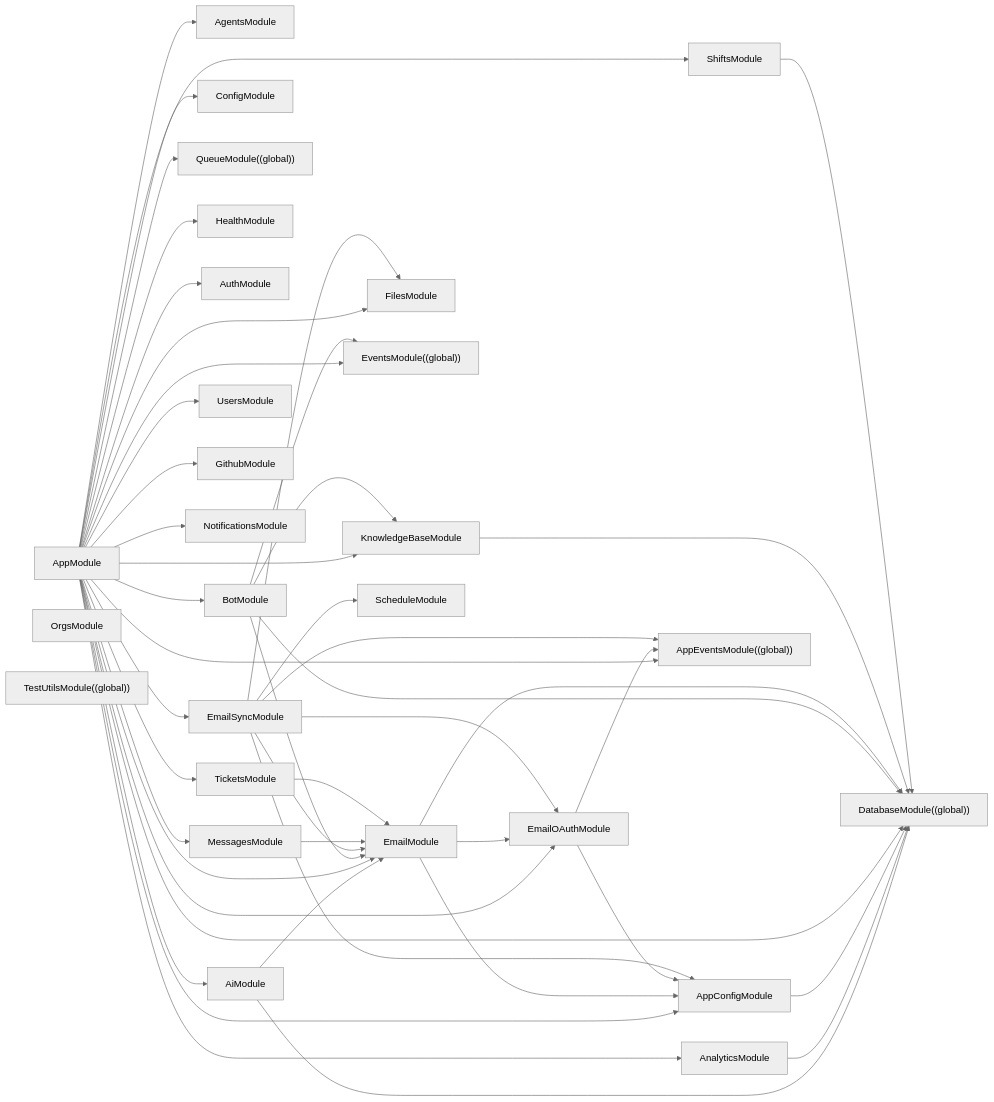
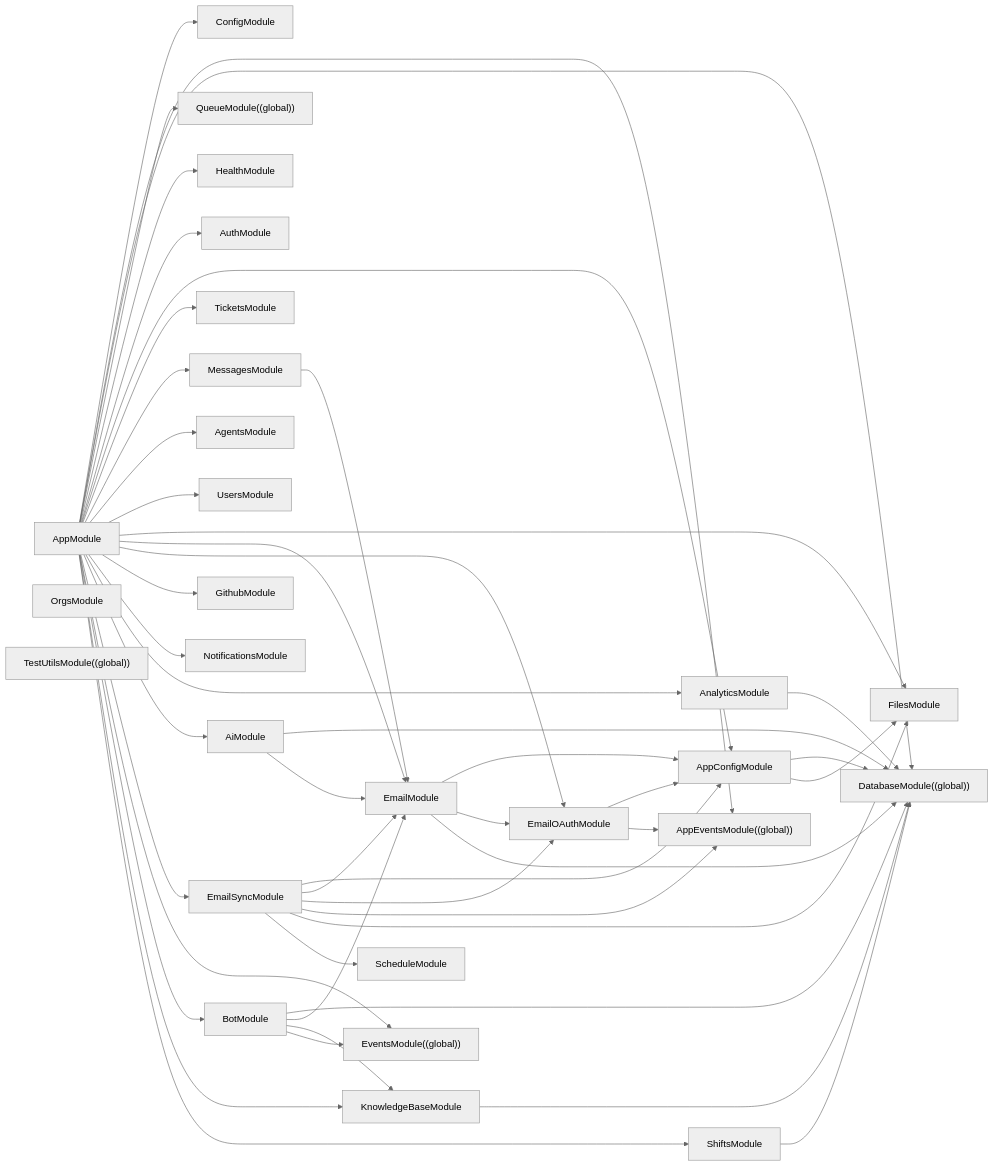
Before and after one commit to Vignesh-Siva96/tmr_athena: the diagram in docs/atlas/_generated/module-graph.md, drawn with Mermaid (neutral theme). The commit also changed other lines of this file and 210 other files, not shown here.

````diff
--- a/docs/atlas/_generated/module-graph.md
+++ b/docs/atlas/_generated/module-graph.md
@@ -9,62 +9,63 @@
 ```mermaid
 flowchart LR
   AgentsModule["AgentsModule"]
   AiModule --> DatabaseModule
   AiModule --> EmailModule
   AnalyticsModule --> DatabaseModule
   AppConfigModule --> DatabaseModule
+  AppConfigModule --> FilesModule
   AppEventsModule["AppEventsModule((global))"]
   AppModule --> ConfigModule
   AppModule --> AppEventsModule
   AppModule --> DatabaseModule
   AppModule --> QueueModule
   AppModule --> HealthModule
   AppModule --> AuthModule
   AppModule --> AppConfigModule
   AppModule --> TicketsModule
   AppModule --> MessagesModule
   AppModule --> AgentsModule
   AppModule --> UsersModule
   AppModule --> FilesModule
   AppModule --> EmailModule
   AppModule --> EmailOAuthModule
   AppModule --> GithubModule
   AppModule --> NotificationsModule
   AppModule --> AnalyticsModule
   AppModule --> AiModule
   AppModule --> EmailSyncModule
   AppModule --> EventsModule
   AppModule --> BotModule
   AppModule --> KnowledgeBaseModule
   AppModule --> ShiftsModule
   AuthModule["AuthModule"]
   BotModule --> DatabaseModule
   BotModule --> EmailModule
   BotModule --> KnowledgeBaseModule
   BotModule --> EventsModule
   DatabaseModule["DatabaseModule((global))"]
   EmailModule --> AppConfigModule
   EmailModule --> EmailOAuthModule
   EmailModule --> DatabaseModule
   EmailOAuthModule --> AppConfigModule
   EmailOAuthModule --> AppEventsModule
   EmailSyncModule --> AppConfigModule
   EmailSyncModule --> EmailModule
   EmailSyncModule --> EmailOAuthModule
   EmailSyncModule --> AppEventsModule
   EmailSyncModule --> FilesModule
   EmailSyncModule --> ScheduleModule
   EventsModule["EventsModule((global))"]
   FilesModule["FilesModule"]
   GithubModule["GithubModule"]
   HealthModule["HealthModule"]
   KnowledgeBaseModule --> DatabaseModule
   MessagesModule --> EmailModule
   NotificationsModule["NotificationsModule"]
   OrgsModule["OrgsModule"]
   QueueModule["QueueModule((global))"]
   ShiftsModule --> DatabaseModule
   TestUtilsModule["TestUtilsModule((global))"]
-  TicketsModule --> EmailModule
+  TicketsModule["TicketsModule"]
   UsersModule["UsersModule"]
 ```
````
